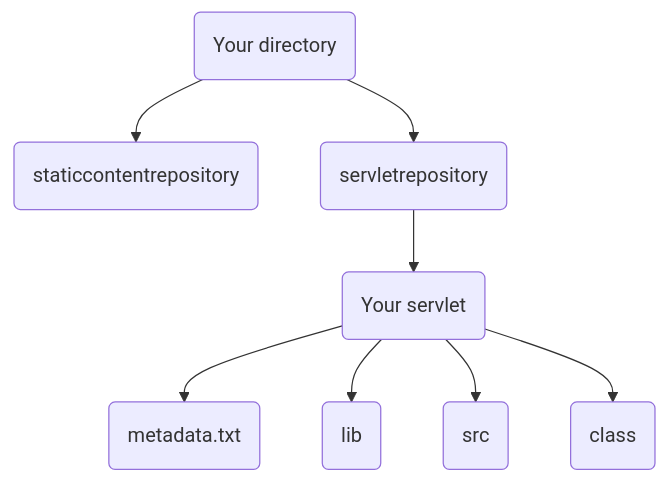
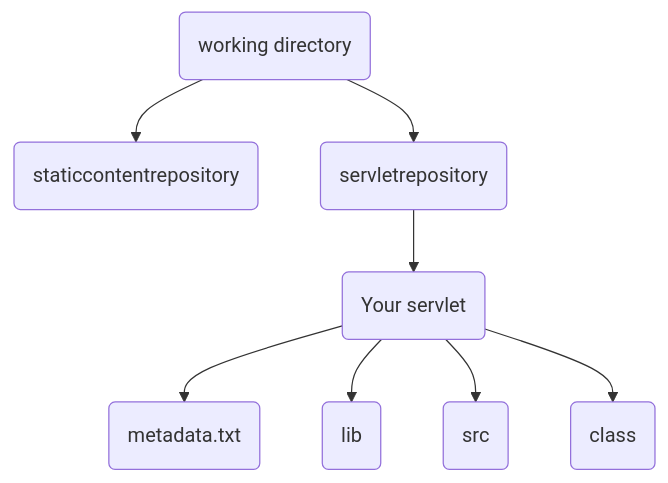
One commit to flenz00/TPBSCA changed the diagram in README.md. Above: the diagram before and after it, drawn with Mermaid.

````diff
--- a/README.md
+++ b/README.md
@@ -42,10 +42,10 @@
 ```mermaid
 graph TD;
-    A(Your directory) --> B(staticcontentrepository);
-    A(Your directory) --> C(servletrepository);
+    A(working directory) --> B(staticcontentrepository);
+    A(working directory) --> C(servletrepository);
     C(servletrepository) --> D(Your servlet);
     D(Your servlet) --> F(metadata.txt);
     D(Your servlet) --> G(lib);
     D(Your servlet) --> H(src);
     D(Your servlet) --> I(class);
 ```
````
